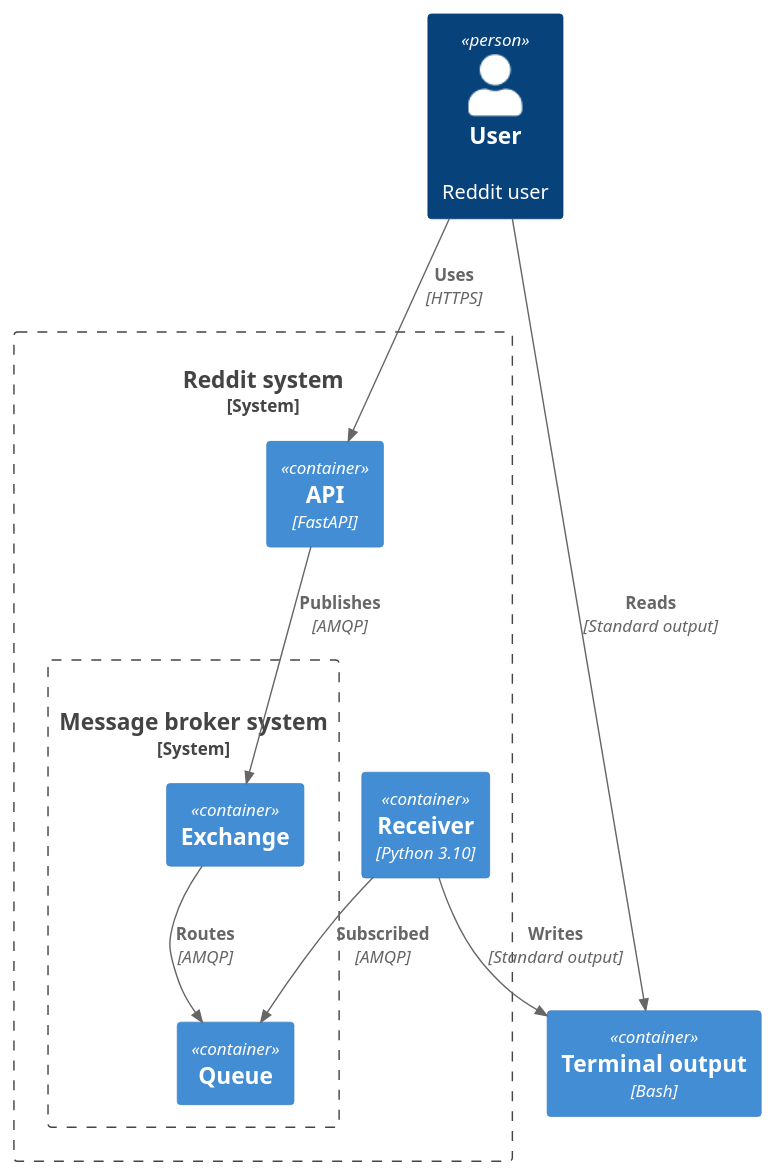
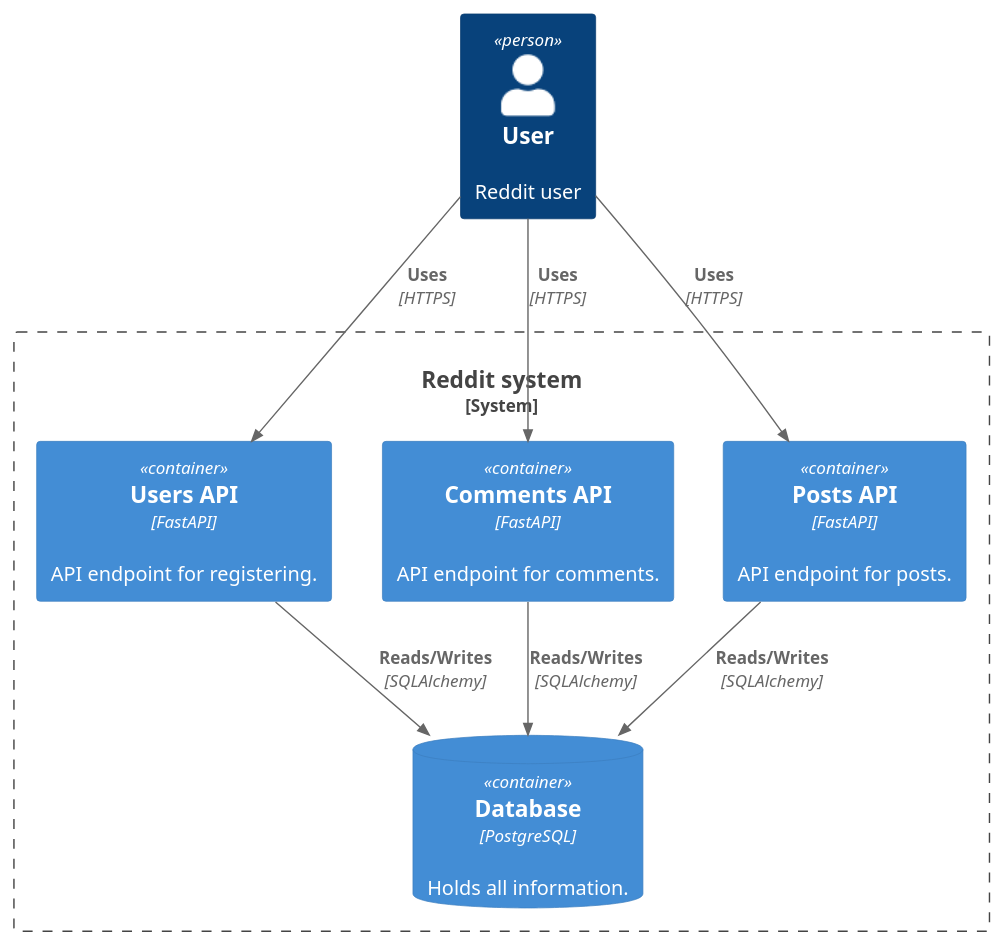
One commit to stoyanK7/not-reddit changed the diagram in docs/architecture.puml. Above: the diagram before and after it, drawn with PlantUML. The commit also changed 2 other files, not shown here.

Commit message:
Update architecture document with the latest diagram

```diff
--- a/docs/architecture.puml
+++ b/docs/architecture.puml
@@ -1,21 +1,18 @@
 @startuml C4_Container
 !include https://raw.githubusercontent.com/plantuml-stdlib/C4-PlantUML/master/C4_Container.puml
 
 Person(user, "User", "Reddit user")
 System_Boundary(c1, "Reddit system") {
-    Container(web_app, "API", "FastAPI", "")
-    System_Boundary(c2, "Message broker system", "RabbitMQ") {
-        Container(exchange, "Exchange")
-        Container(queue, "Queue")
-    }
-    Container(receiver, "Receiver", "Python 3.10", "")
+    Container(users_api, "Users API", "FastAPI", "API endpoint for registering.")
+    Container(comments_api, "Comments API", "FastAPI", "API endpoint for comments.")
+    Container(posts_api, "Posts API", "FastAPI", "API endpoint for posts.")
+    ContainerDb(postgres_db, "Database", "PostgreSQL", "Holds all information.")
 }
-Container(stdout, "Terminal output", "Bash")
 
-Rel(user, web_app, "Uses", "HTTPS")
-Rel(user, stdout, "Reads", "Standard output")
-Rel(web_app, exchange, "Publishes", "AMQP")
-Rel(receiver, queue, "Subscribed", "AMQP")
-Rel(exchange, queue, "Routes", "AMQP")
-Rel(receiver, stdout, "Writes", "Standard output")
+Rel(user, users_api, "Uses", "HTTPS")
+Rel(user, comments_api, "Uses", "HTTPS")
+Rel(user, posts_api, "Uses", "HTTPS")
+Rel(users_api, postgres_db, "Reads/Writes", "SQLAlchemy")
+Rel(comments_api, postgres_db, "Reads/Writes", "SQLAlchemy")
+Rel(posts_api, postgres_db, "Reads/Writes", "SQLAlchemy")
 @enduml
```
